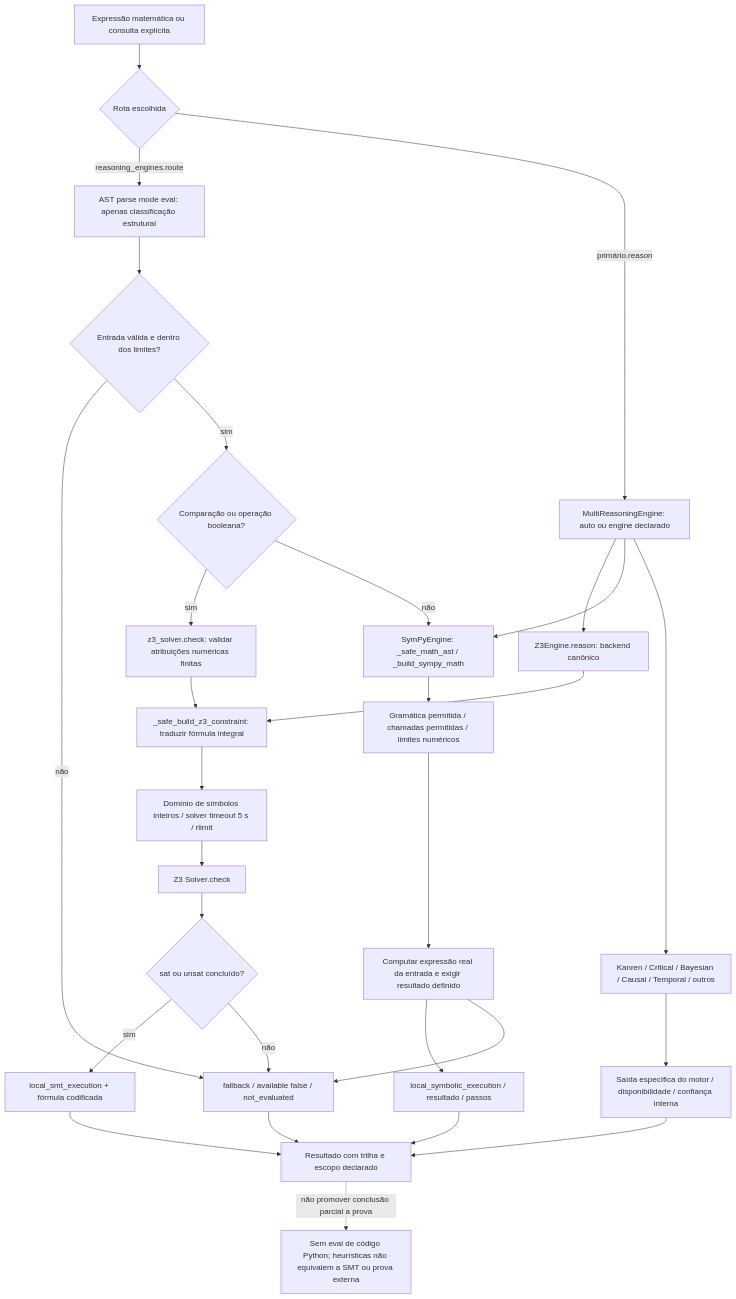
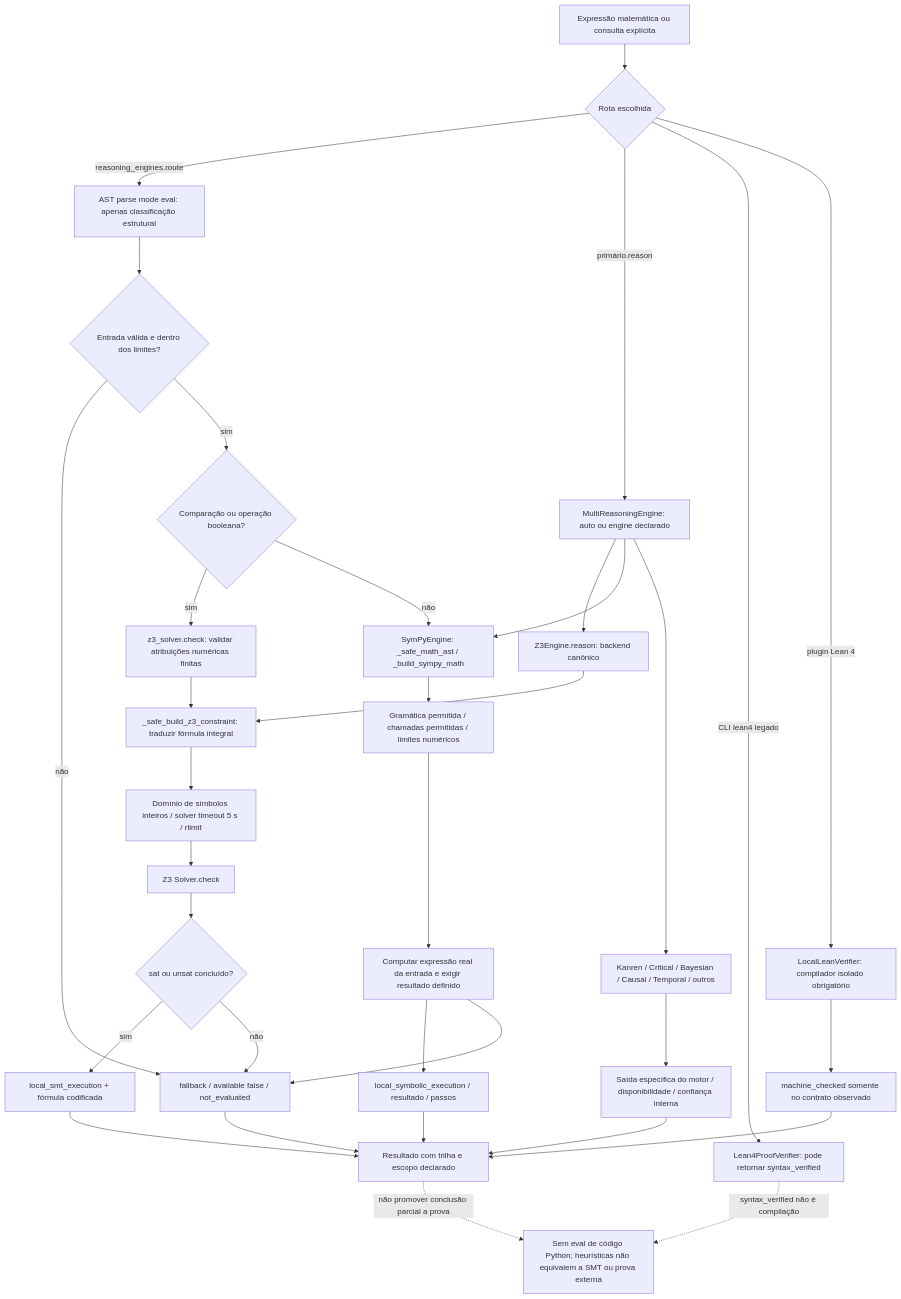
Before and after one commit to MarceloClaro/opencode-ecosystem-core: diagram 16 of 28 in README.md, drawn with Mermaid. The commit also changed other lines of this file and 95 other files, not shown here.

````diff
--- a/README.md
+++ b/README.md
@@ -1252,31 +1272,36 @@
 ```mermaid
 flowchart TB
   IN["Expressão matemática ou consulta explícita"] --> ENTRY{"Rota escolhida"}
   ENTRY -->|"reasoning_engines.route"| PARSE["AST parse mode eval: apenas classificação estrutural"]
   ENTRY -->|"primário.reason"| MULTI["MultiReasoningEngine: auto ou engine declarado"]
   PARSE --> VALID{"Entrada válida e dentro dos limites?"}
   VALID -->|"não"| FALL["fallback / available false / not_evaluated"]
   VALID -->|"sim"| BOOL{"Comparação ou operação booleana?"}
   BOOL -->|"sim"| Z["z3_solver.check: validar atribuições numéricas finitas"]
   Z --> SMT["_safe_build_z3_constraint: traduzir fórmula integral"]
   SMT --> LIMIT["Domínio de símbolos inteiros / solver timeout 5 s / rlimit"]
   LIMIT --> SOLVER["Z3 Solver.check"]
   SOLVER --> VERDICT{"sat ou unsat concluído?"}
   VERDICT -->|"sim"| SAT["local_smt_execution + fórmula codificada"]
   VERDICT -->|"não"| FALL
   BOOL -->|"não"| MATH["SymPyEngine: _safe_math_ast / _build_sympy_math"]
   MATH --> WHITELIST["Gramática permitida / chamadas permitidas / limites numéricos"]
   WHITELIST --> COMPUTE["Computar expressão real da entrada e exigir resultado definido"]
   COMPUTE --> OUT["local_symbolic_execution / resultado / passos"]
   COMPUTE --> FALL
   MULTI --> ZENGINE["Z3Engine.reason: backend canônico"]
   ZENGINE --> SMT
   MULTI --> MATH
   MULTI --> OTHER["Kanren / Critical / Bayesian / Causal / Temporal / outros"]
   OTHER --> HEUR["Saída específica do motor / disponibilidade / confiança interna"]
   SAT --> REPORT["Resultado com trilha e escopo declarado"]
   OUT --> REPORT
   FALL --> REPORT
   HEUR --> REPORT
   REPORT -. "não promover conclusão parcial a prova" .-> BOUND["Sem eval de código Python; heurísticas não equivalem a SMT ou prova externa"]
+  ENTRY -->|"CLI lean4 legado"| LEG["Lean4ProofVerifier: pode retornar syntax_verified"]
+  ENTRY -->|"plugin Lean 4"| PLUG["LocalLeanVerifier: compilador isolado obrigatório"]
+  LEG -. "syntax_verified não é compilação" .-> BOUND
+  PLUG --> CHECK["machine_checked somente no contrato observado"]
+  CHECK --> REPORT
 ```
````
